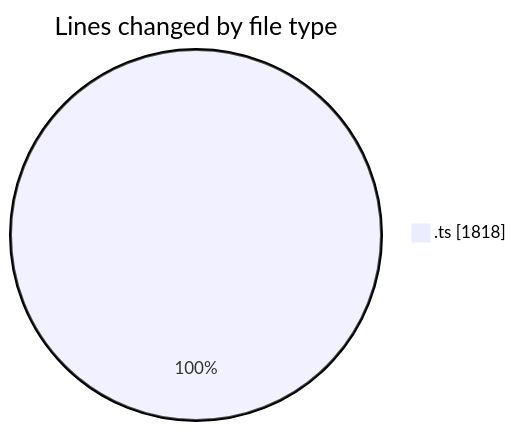
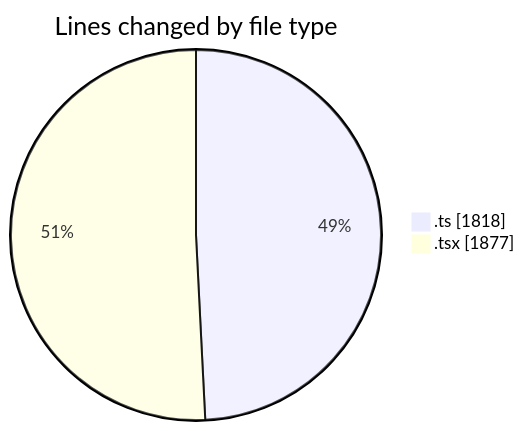
The first of 2 diagrams in 2026-03-13/nxtqube_webapp/README.md (nxtqubesakshisongat/code-tracking), drawn with Mermaid before and after one commit. The commit also changed other lines of this file and 1 other file, not shown here.

````diff
--- a/2026-03-13/nxtqube_webapp/README.md
+++ b/2026-03-13/nxtqube_webapp/README.md
@@ -20,5 +21,6 @@
 ```mermaid
 pie showData
 title Lines changed by file type
 ".ts" : 1818
+".tsx" : 1877
 ```
````
